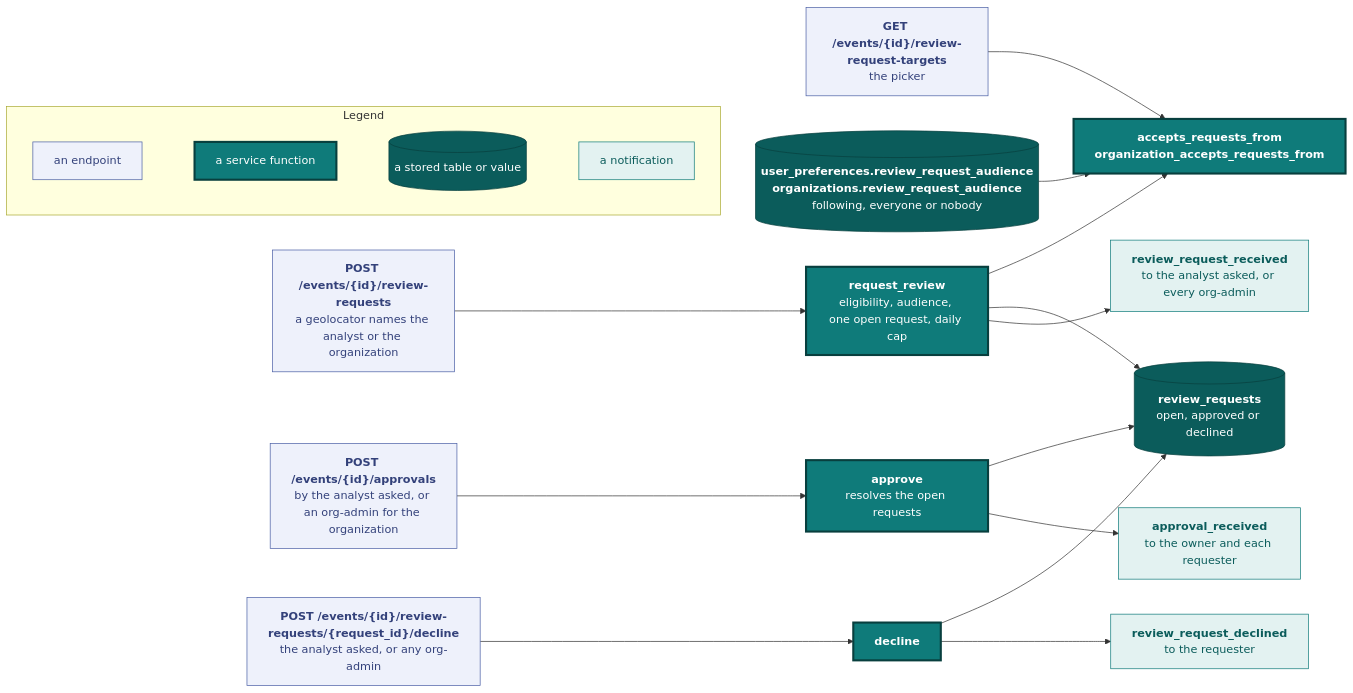
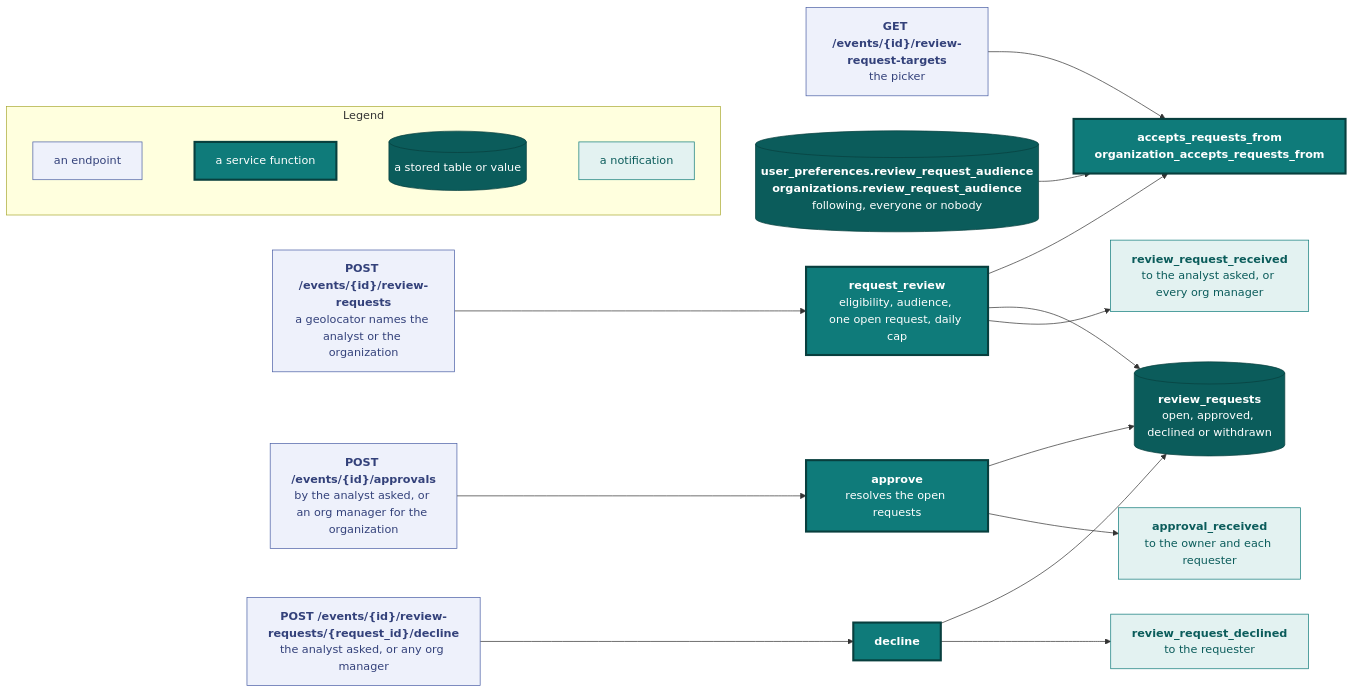
One commit to vidithq/vidit changed the fifth of 8 diagrams in docs/api.md. Above: the diagram before and after it, drawn with Mermaid. The commit also changed other lines of this file and 120 other files, not shown here.

````diff
--- a/docs/api.md
+++ b/docs/api.md
@@ -1570,53 +1577,53 @@
 ```mermaid
 flowchart LR
   classDef spec fill:#eef1fb,stroke:#4a5fa5,color:#33417a
   classDef core fill:#0f7b7a,stroke:#083f3e,stroke-width:3px,color:#ffffff
   classDef store fill:#0b5c5b,stroke:#083f3e,color:#ffffff
   classDef shared fill:#e3f2f1,stroke:#0f7b7a,color:#0b5c5b
 
   subgraph legend [Legend]
     direction LR
     l1["`an endpoint`"]:::spec
     l2["`a service function`"]:::core
     l3[("`a stored table or value`")]:::store
     l4["`a notification`"]:::shared
     l1 ~~~ l2 ~~~ l3 ~~~ l4
   end
 
   ask["`**POST /events/{id}/review-requests**
   a geolocator names the analyst or the organization`"]:::spec
   targets["`**GET /events/{id}/review-request-targets**
   the picker`"]:::spec
   approve["`**POST /events/{id}/approvals**
-  by the analyst asked, or an org-admin for the organization`"]:::spec
+  by the analyst asked, or an org manager for the organization`"]:::spec
   declineep["`**POST /events/{id}/review-requests/{request_id}/decline**
-  the analyst asked, or any org-admin`"]:::spec
+  the analyst asked, or any org manager`"]:::spec
   audience[("`**user_preferences.review_request_audience**
   **organizations.review_request_audience**
   following, everyone or nobody`")]:::store
   request["`**request_review**
   eligibility, audience, one open request, daily cap`"]:::core
   admits["`**accepts_requests_from**
   **organization_accepts_requests_from**`"]:::core
   place["`**approve**
   resolves the open requests`"]:::core
   decline["`**decline**`"]:::core
   rows[("`**review_requests**
-  open, approved or declined`")]:::store
+  open, approved, declined or withdrawn`")]:::store
   received["`**review_request_received**
-  to the analyst asked, or every org-admin`"]:::shared
+  to the analyst asked, or every org manager`"]:::shared
   approved["`**approval_received**
   to the owner and each requester`"]:::shared
   declined["`**review_request_declined**
   to the requester`"]:::shared
 
   audience --> admits
   targets --> admits
   ask --> request --> admits
   request --> rows
   request --> received
   approve --> place --> rows
   place --> approved
   declineep --> decline --> rows
   decline --> declined
 ```
````
